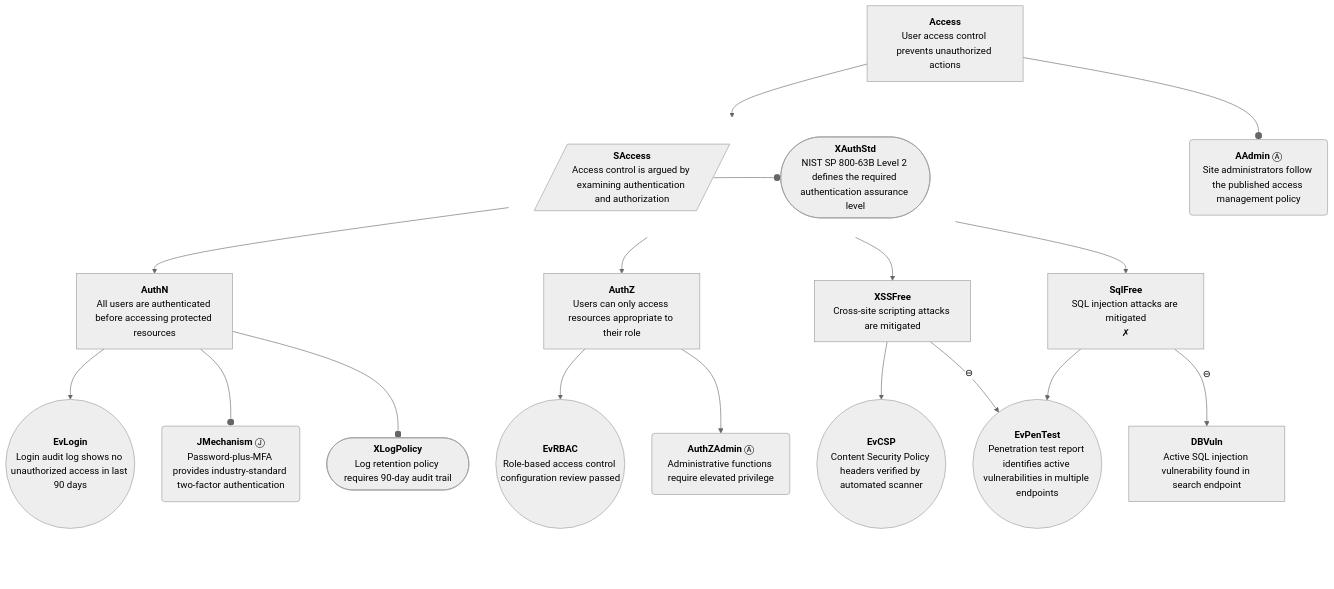
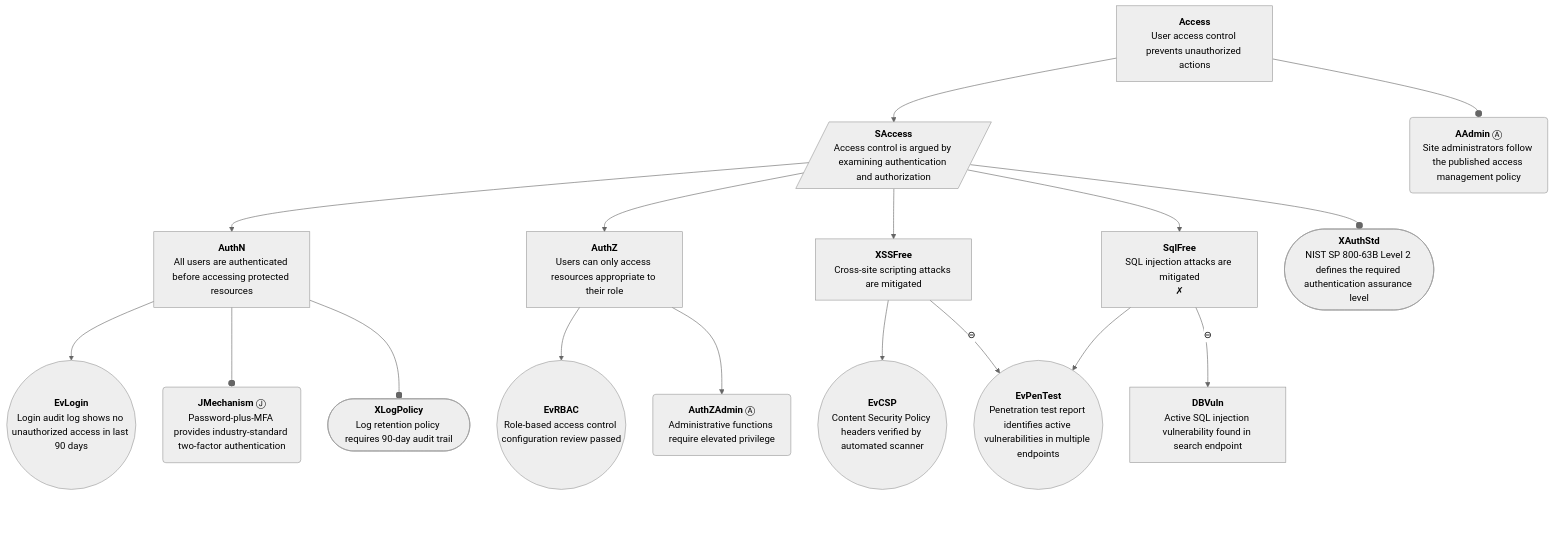
The sixth of 12 diagrams in tests/fixtures/demo-output.expected.md (david-a-wheeler/caseproc), drawn with Mermaid before and after one commit. The commit also changed other lines of this file and 1 other file, not shown here.

````diff
--- a/tests/fixtures/demo-output.expected.md
+++ b/tests/fixtures/demo-output.expected.md
@@ -344,78 +344,75 @@
 ```mermaid
 ---
 config:
   theme: neutral
   flowchart:
     curve: basis
     htmlLabels: true
     rankSpacing: 60
     nodeSpacing: 45
     padding: 15
 ---
 flowchart TD
     classDef invisible opacity:0
     classDef gsnUndev stroke-width:2px,stroke-dasharray: 5 5;
     classDef connector fill:none,stroke:#cccccc,stroke-width:1px;
     Access["<b>Access</b><br>User access control prevents unauthorized actions"]
     AAdmin("<b>AAdmin</b>&nbsp;Ⓐ<br>Site administrators follow the published access management policy")
     SAccess[/"<b>SAccess</b><br>Access control is argued by examining authentication and authorization"/]
     XAuthStd(["<b>XAuthStd</b><br>NIST SP 800-63B Level 2 defines the required authentication assurance level"])
     AuthN["<b>AuthN</b><br>All users are authenticated before accessing protected resources"]
     AuthZ["<b>AuthZ</b><br>Users can only access resources appropriate to their role"]
     XSSFree["<b>XSSFree</b><br>Cross-site scripting attacks are mitigated"]
     SqlFree["<b>SqlFree</b><br>SQL injection attacks are mitigated<br>✗"]
     EvLogin(("<b>EvLogin</b><br>Login audit log shows no unauthorized access in last 90 days"))
     JMechanism("<b>JMechanism</b>&nbsp;Ⓙ<br>Password-plus-MFA provides industry-standard two-factor authentication")
     XLogPolicy(["<b>XLogPolicy</b><br>Log retention policy requires 90-day audit trail"])
     EvRBAC(("<b>EvRBAC</b><br>Role-based access control configuration review passed"))
     AuthZAdmin("<b>AuthZAdmin</b>&nbsp;Ⓐ<br>Administrative functions require elevated privilege")
     EvCSP(("<b>EvCSP</b><br>Content Security Policy headers verified by automated scanner"))
     EvPenTest(("<b>EvPenTest</b><br>Penetration test report identifies active vulnerabilities in multiple endpoints"))
     DBVuln["<b>DBVuln</b><br>Active SQL injection vulnerability found in search endpoint"]
     click Access "https://github.com/david-a-wheeler/verocase/blob/main/tests/fixtures/demo-output.expected.md#claim-access"
     click AAdmin "https://github.com/david-a-wheeler/verocase/blob/main/tests/fixtures/demo-output.expected.md#assumption-aadmin"
     click SAccess "https://github.com/david-a-wheeler/verocase/blob/main/tests/fixtures/demo-output.expected.md#strategy-saccess"
     click XAuthStd "https://github.com/david-a-wheeler/verocase/blob/main/tests/fixtures/demo-output.expected.md#context-xauthstd"
     click AuthN "https://github.com/david-a-wheeler/verocase/blob/main/tests/fixtures/demo-output.expected.md#claim-authn"
     click AuthZ "https://github.com/david-a-wheeler/verocase/blob/main/tests/fixtures/demo-output.expected.md#claim-authz"
     click XSSFree "https://github.com/david-a-wheeler/verocase/blob/main/tests/fixtures/demo-output.expected.md#claim-xssfree"
     click SqlFree "https://github.com/david-a-wheeler/verocase/blob/main/tests/fixtures/demo-output.expected.md#claim-sqlfree"
     click EvLogin "https://github.com/david-a-wheeler/verocase/blob/main/tests/fixtures/demo-output.expected.md#evidence-evlogin"
     click JMechanism "https://github.com/david-a-wheeler/verocase/blob/main/tests/fixtures/demo-output.expected.md#justification-jmechanism"
     click XLogPolicy "https://github.com/david-a-wheeler/verocase/blob/main/tests/fixtures/demo-output.expected.md#context-xlogpolicy"
     click EvRBAC "https://github.com/david-a-wheeler/verocase/blob/main/tests/fixtures/demo-output.expected.md#evidence-evrbac"
     click AuthZAdmin "https://github.com/david-a-wheeler/verocase/blob/main/tests/fixtures/demo-output.expected.md#claim-authzadmin"
     click EvCSP "https://github.com/david-a-wheeler/verocase/blob/main/tests/fixtures/demo-output.expected.md#evidence-evcsp"
     click EvPenTest "https://github.com/david-a-wheeler/verocase/blob/main/tests/fixtures/demo-output.expected.md#evidence-evpentest"
     click DBVuln "https://github.com/david-a-wheeler/verocase/blob/main/tests/fixtures/demo-output.expected.md#claim-dbvuln"
 
-    subgraph SgCJ1 [ ]
-        direction LR
-        SAccess --o XAuthStd
-    end
-    style SgCJ1 fill:none,stroke:none
     Access --o AAdmin
     Access --> SAccess
+    SAccess --o XAuthStd
     SAccess --> AuthN
     AuthN --> EvLogin
     AuthN --o JMechanism
     AuthN --o XLogPolicy
     SAccess --> AuthZ
     AuthZ --> EvRBAC
     AuthZ --> AuthZAdmin
     SAccess --> XSSFree
     XSSFree --> EvCSP
     XSSFree -->|⊖| EvPenTest
     SAccess --> SqlFree
     SqlFree --> EvPenTest
     SqlFree -->|⊖| DBVuln
     AAdmin ~~~ BottomPadding1[ ]:::invisible
-    EvLogin ~~~ BottomPadding2[ ]:::invisible
-    JMechanism ~~~ BottomPadding3[ ]:::invisible
-    XLogPolicy ~~~ BottomPadding4[ ]:::invisible
-    EvRBAC ~~~ BottomPadding5[ ]:::invisible
-    AuthZAdmin ~~~ BottomPadding6[ ]:::invisible
-    EvCSP ~~~ BottomPadding7[ ]:::invisible
-    EvPenTest ~~~ BottomPadding8[ ]:::invisible
-    DBVuln ~~~ BottomPadding9[ ]:::invisible
+    XAuthStd ~~~ BottomPadding2[ ]:::invisible
+    EvLogin ~~~ BottomPadding3[ ]:::invisible
+    JMechanism ~~~ BottomPadding4[ ]:::invisible
+    XLogPolicy ~~~ BottomPadding5[ ]:::invisible
+    EvRBAC ~~~ BottomPadding6[ ]:::invisible
+    AuthZAdmin ~~~ BottomPadding7[ ]:::invisible
+    EvCSP ~~~ BottomPadding8[ ]:::invisible
+    EvPenTest ~~~ BottomPadding9[ ]:::invisible
+    DBVuln ~~~ BottomPadding10[ ]:::invisible
 ```
````
